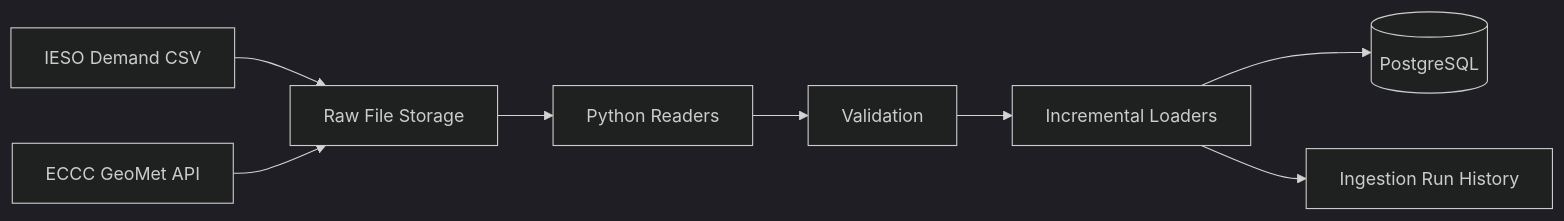
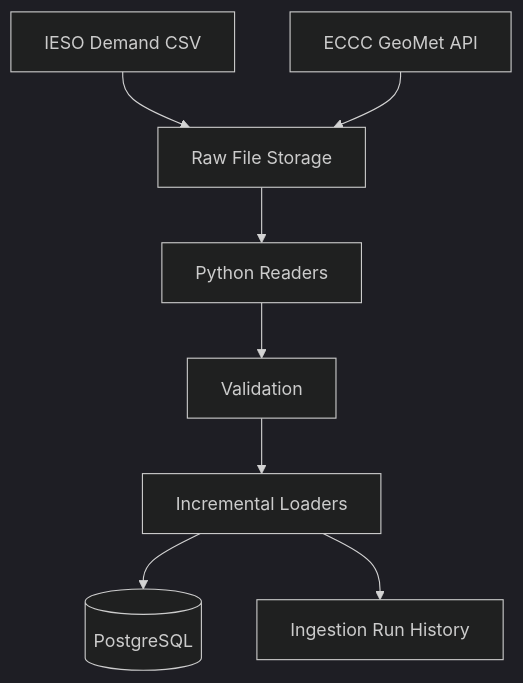
The diagram in README.md (Sulav-17/platform-01-batch-foundation), drawn with Mermaid (dark theme) before and after one commit.

Commit message:
add project documentation

````diff
--- a/README.md
+++ b/README.md
@@ -24,10 +24,10 @@
 ```mermaid
-flowchart LR
+flowchart TD
     A[IESO Demand CSV] --> C[Raw File Storage]
     B[ECCC GeoMet API] --> C
     C --> D[Python Readers]
     D --> E[Validation]
     E --> F[Incremental Loaders]
     F --> G[(PostgreSQL)]
     F --> H[Ingestion Run History]
 ```
````
